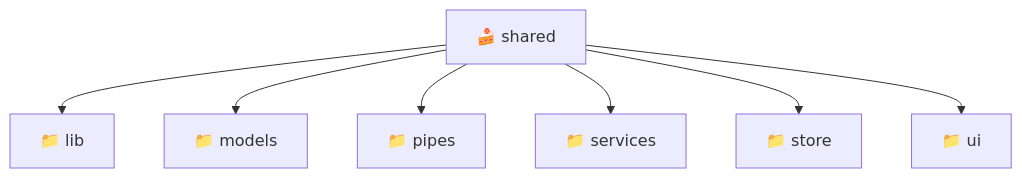
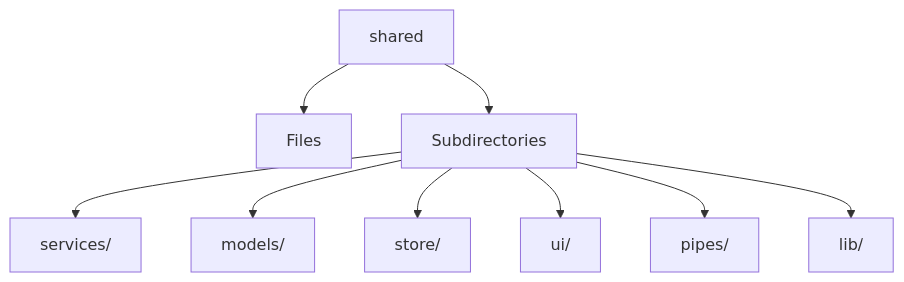
One commit to beginwebdev2002/fullstack-mavluda changed the diagram in frontend/src/shared/README.md. Above: the diagram before and after it, drawn with Mermaid. The commit also changed other lines of this file and 167 other files, not shown here.

````diff
--- a/frontend/src/shared/README.md
+++ b/frontend/src/shared/README.md
@@ -11,10 +14,11 @@
 ```mermaid
 graph TD
-  shared["🍰 shared"]
-  shared --> lib["📁 lib"]
-  shared --> models["📁 models"]
-  shared --> pipes["📁 pipes"]
-  shared --> services["📁 services"]
-  shared --> store["📁 store"]
-  shared --> ui["📁 ui"]
+  shared --> Files
+  shared --> Subdirectories
+  Subdirectories --> services[services/]
+  Subdirectories --> models[models/]
+  Subdirectories --> store[store/]
+  Subdirectories --> ui[ui/]
+  Subdirectories --> pipes[pipes/]
+  Subdirectories --> lib[lib/]
 ```
````
